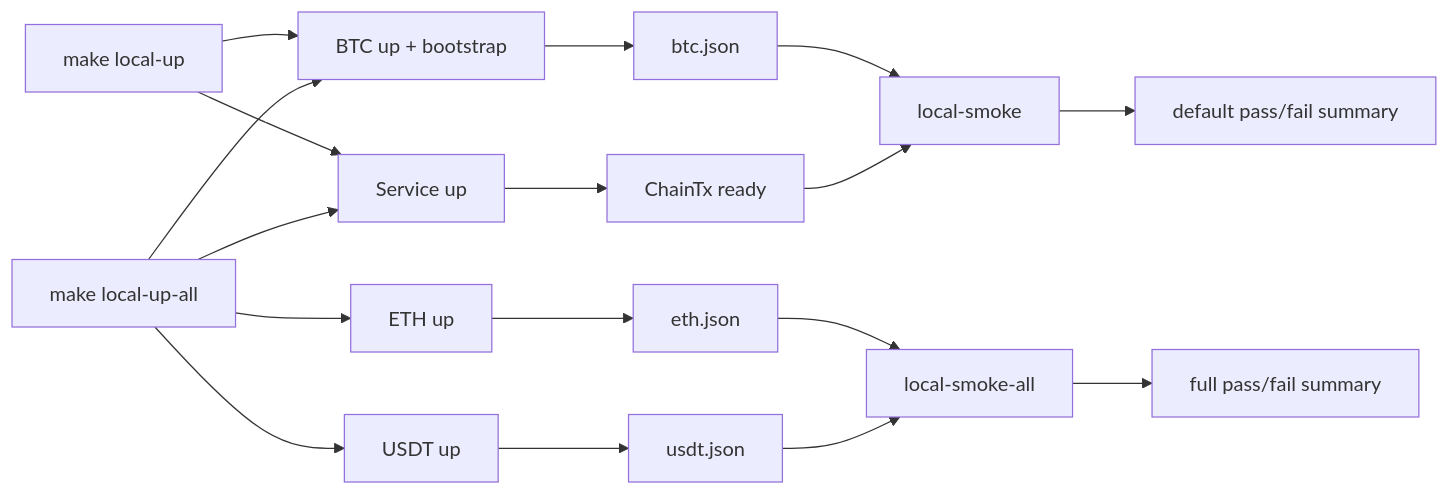
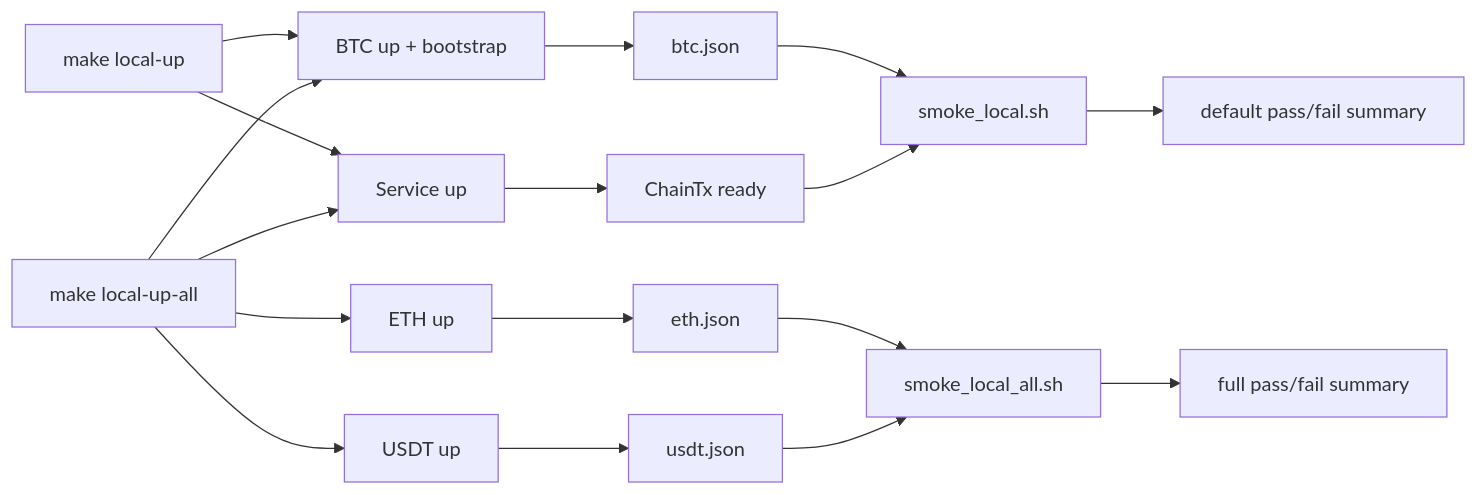
Before and after one commit to po-sen/ChainTx: the diagram in specs/2026-02-12-local-btc-eth-usdt-chain-sim/02_design.md, drawn with Mermaid. The commit also changed other lines of this file and 24 other files, not shown here.

````diff
--- a/specs/2026-02-12-local-btc-eth-usdt-chain-sim/02_design.md
+++ b/specs/2026-02-12-local-btc-eth-usdt-chain-sim/02_design.md
@@ -140,19 +136,19 @@
 ```mermaid
 flowchart LR
   A[make local-up] --> B[BTC up + bootstrap]
   A --> E[Service up]
   K[make local-up-all] --> B
   K --> C[ETH up]
   K --> D[USDT up]
   K --> E
   B --> F[btc.json]
   C --> G[eth.json]
   D --> H[usdt.json]
   E --> I[ChainTx ready]
-  F --> J[local-smoke]
+  F --> J[smoke_local.sh]
   I --> J
-  G --> L[local-smoke-all]
+  G --> L[smoke_local_all.sh]
   H --> L
   J --> M[default pass/fail summary]
   L --> N[full pass/fail summary]
 ```
````
